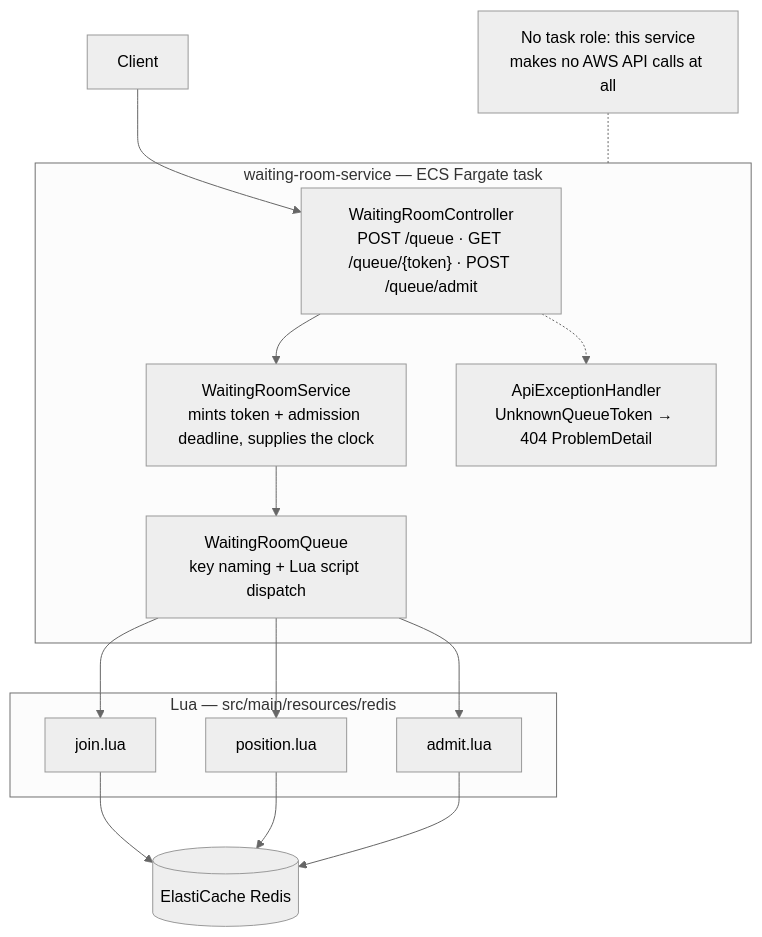
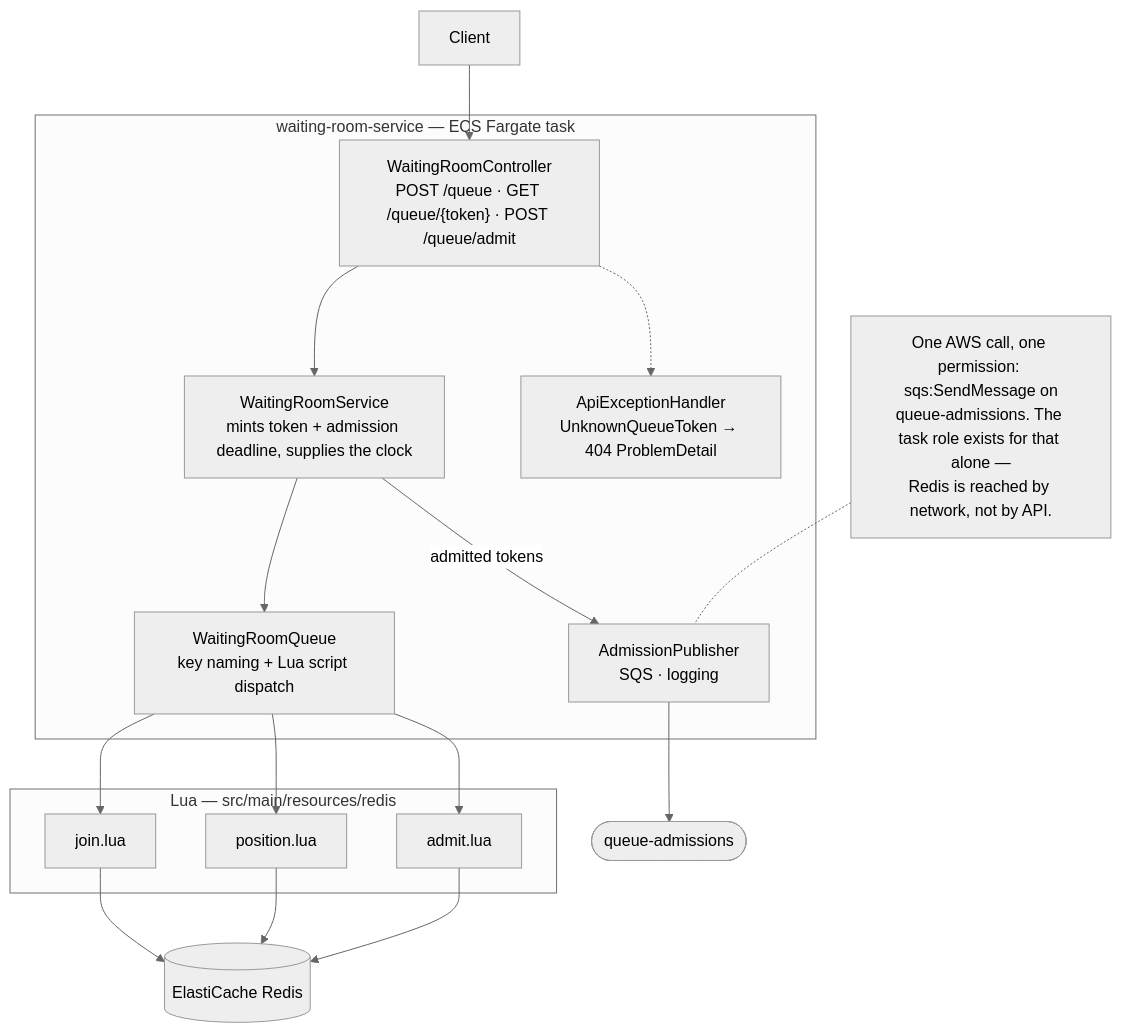
One commit to daliborjelicanin/ticket-waiting-room-aws changed the first of 4 diagrams in waiting-room-service/ARCHITECTURE.md. Above: the diagram before and after it, drawn with Mermaid (neutral theme). The commit also changed other lines of this file and 30 other files, not shown here.

````diff
--- a/waiting-room-service/ARCHITECTURE.md
+++ b/waiting-room-service/ARCHITECTURE.md
@@ -12,25 +12,28 @@
 ```mermaid
 flowchart TB
     Client["Client"]
 
     subgraph svc["waiting-room-service — ECS Fargate task"]
         WC["WaitingRoomController<br/>POST /queue · GET /queue/{token} · POST /queue/admit"]
         WS["WaitingRoomService<br/>mints token + admission deadline, supplies the clock"]
         WQ["WaitingRoomQueue<br/>key naming + Lua script dispatch"]
+        AP["AdmissionPublisher<br/>SQS · logging"]
         EH["ApiExceptionHandler<br/>UnknownQueueToken → 404 ProblemDetail"]
     end
 
     subgraph lua["Lua — src/main/resources/redis"]
         JOIN["join.lua"]
         POS["position.lua"]
         ADM["admit.lua"]
     end
 
     R[("ElastiCache Redis")]
+    QA(["queue-admissions"])
 
     Client --> WC --> WS --> WQ
     WC -.-> EH
     WQ --> JOIN & POS & ADM --> R
+    WS -->|"admitted tokens"| AP --> QA
 
-    N["No task role: this service<br/>makes no AWS API calls at all"] -.- svc
+    N["One AWS call, one permission: sqs:SendMessage on<br/>queue-admissions. The task role exists for that alone —<br/>Redis is reached by network, not by API."] -.- AP
 ```
````
